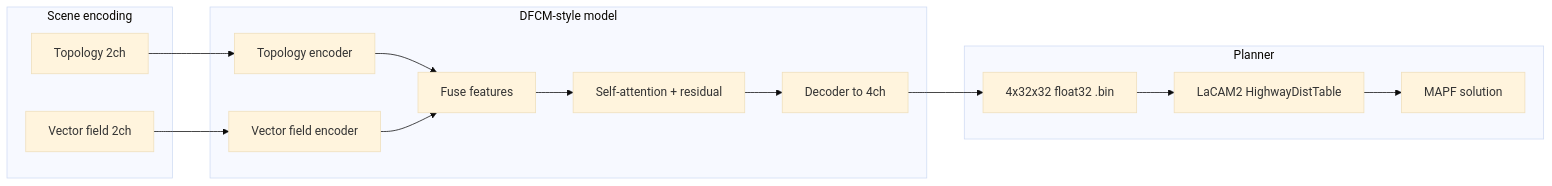
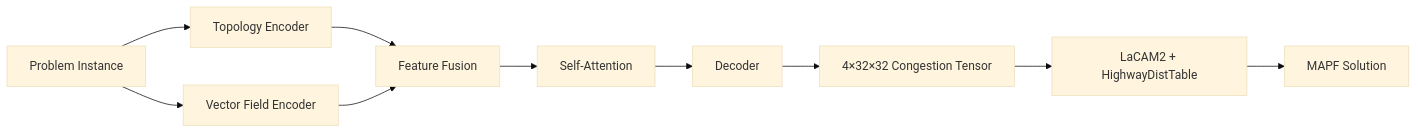
Before and after one commit to Knk00/FlowLaCAM-: the diagram in README.md, drawn with Mermaid (base theme). The commit also changed other lines of this file, not shown here.

````diff
--- a/README.md
+++ b/README.md
@@ -71,24 +51,12 @@
 ```mermaid
 flowchart LR
-  subgraph inputs [Scene encoding]
-    T[Topology 2ch]
-    V[Vector field 2ch]
-  end
-  subgraph model [DFCM-style model]
-    E1[Topology encoder]
-    E2[Vector field encoder]
-    F[Fuse features]
-    A[Self-attention + residual]
-    D[Decoder to 4ch]
-  end
-  subgraph out [Planner]
-    B["4x32x32 float32 .bin"]
-    L[LaCAM2 HighwayDistTable]
-    S[MAPF solution]
-  end
-  T --> E1
-  V --> E2
-  E1 --> F
-  E2 --> F
-  F --> A --> D --> B --> L --> S
+    A[Problem Instance] --> B[Topology Encoder]
+    A --> C[Vector Field Encoder]
+    B --> D[Feature Fusion]
+    C --> D
+    D --> E[Self-Attention]
+    E --> F[Decoder]
+    F --> G[4×32×32 Congestion Tensor]
+    G --> H[LaCAM2 + HighwayDistTable]
+    H --> I[MAPF Solution]
 ```
````
